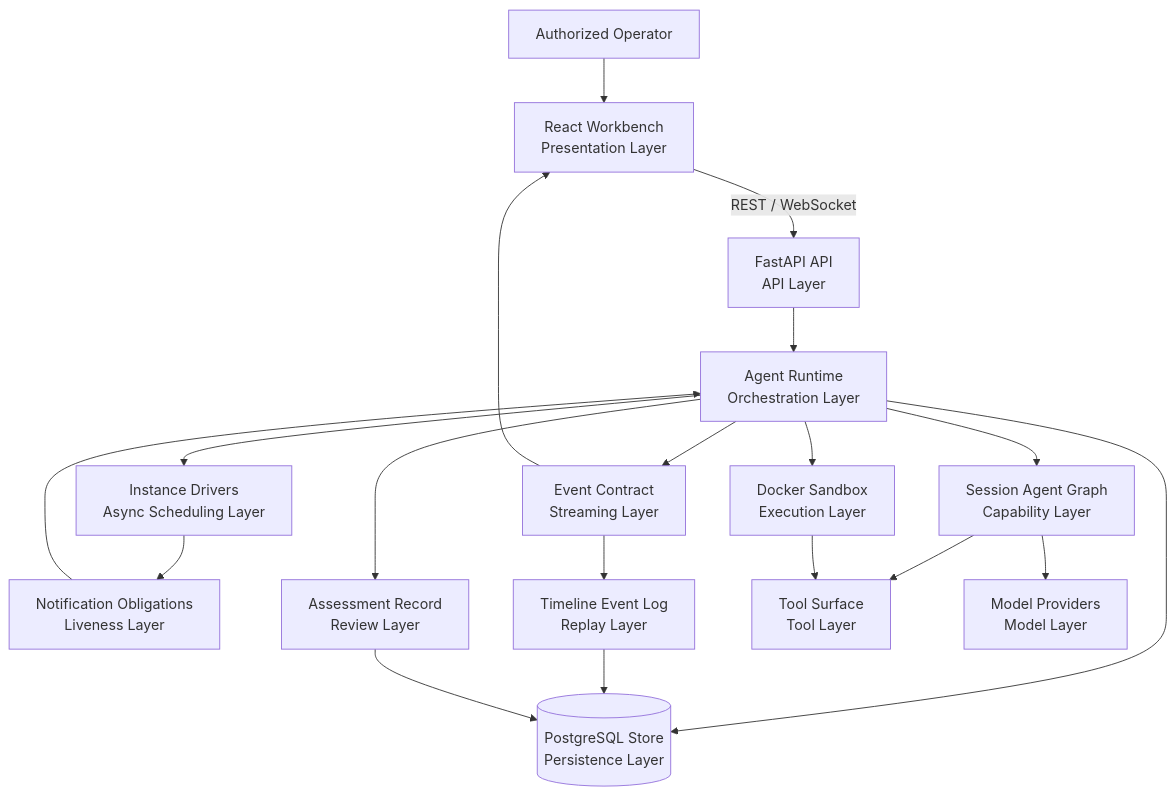
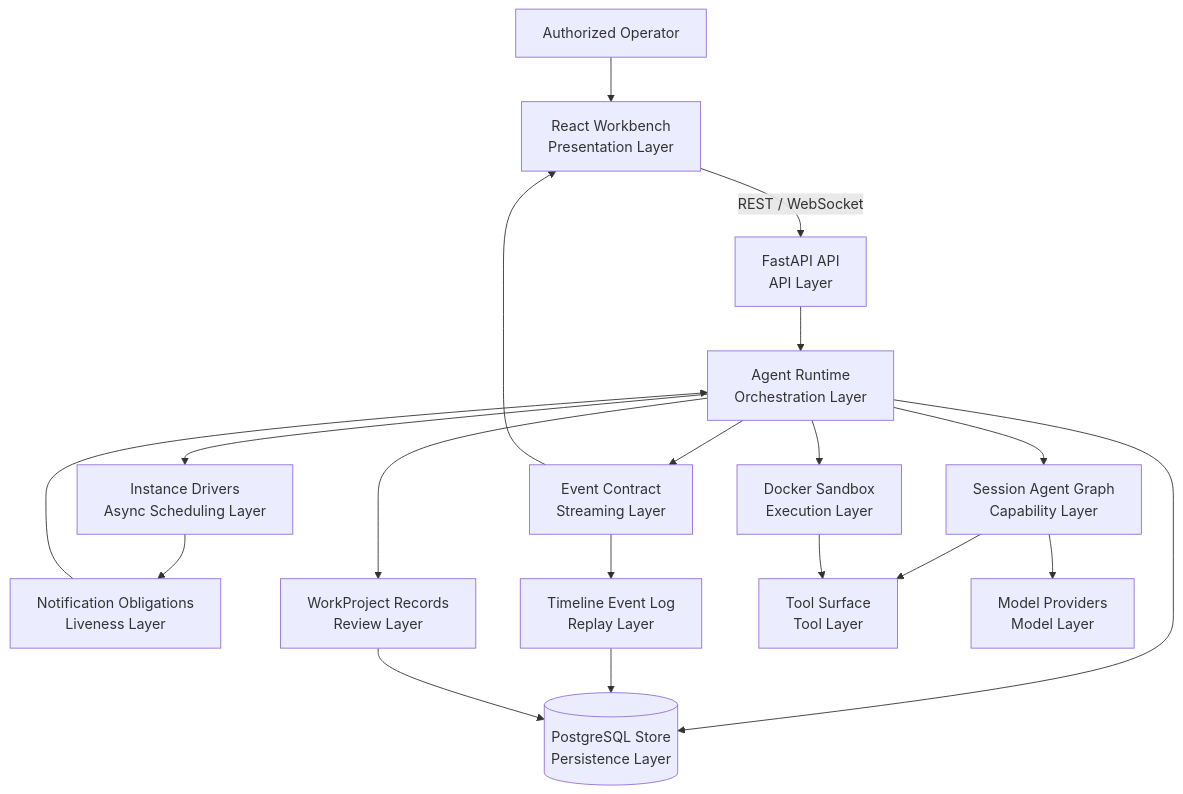
One commit to MolTau9527/Z3r0 changed the first of 6 diagrams in README.md. Above: the diagram before and after it, drawn with Mermaid. The commit also changed other lines of this file and 66 other files, not shown here.

Commit message:
feat: Add WorkProject attack-chain graph with auditable records

````diff
--- a/README.md
+++ b/README.md
@@ -38,36 +39,36 @@
 ```mermaid
 flowchart TB
   Operator["Authorized Operator"]
   Workbench["React Workbench<br/>Presentation Layer"]
   API["FastAPI API<br/>API Layer"]
   Runtime["Agent Runtime<br/>Orchestration Layer"]
   Drivers["Instance Drivers<br/>Async Scheduling Layer"]
   Notifications["Notification Obligations<br/>Liveness Layer"]
   Graph["Session Agent Graph<br/>Capability Layer"]
   Timeline["Timeline Event Log<br/>Replay Layer"]
-  Record["Assessment Record<br/>Review Layer"]
+  Record["WorkProject Records<br/>Review Layer"]
   Sandbox["Docker Sandbox<br/>Execution Layer"]
   Tools["Tool Surface<br/>Tool Layer"]
   Models["Model Providers<br/>Model Layer"]
   Events["Event Contract<br/>Streaming Layer"]
   Store[("PostgreSQL Store<br/>Persistence Layer")]
 
   Operator --> Workbench
   Workbench -->|REST / WebSocket| API
   API --> Runtime
   Runtime --> Drivers
   Runtime --> Graph
   Runtime --> Record
   Runtime --> Sandbox
   Runtime --> Events
   Runtime --> Store
   Drivers --> Notifications
   Notifications --> Runtime
   Events --> Timeline
   Timeline --> Store
   Graph --> Tools
   Graph --> Models
   Sandbox --> Tools
   Record --> Store
   Events --> Workbench
 ```
````
